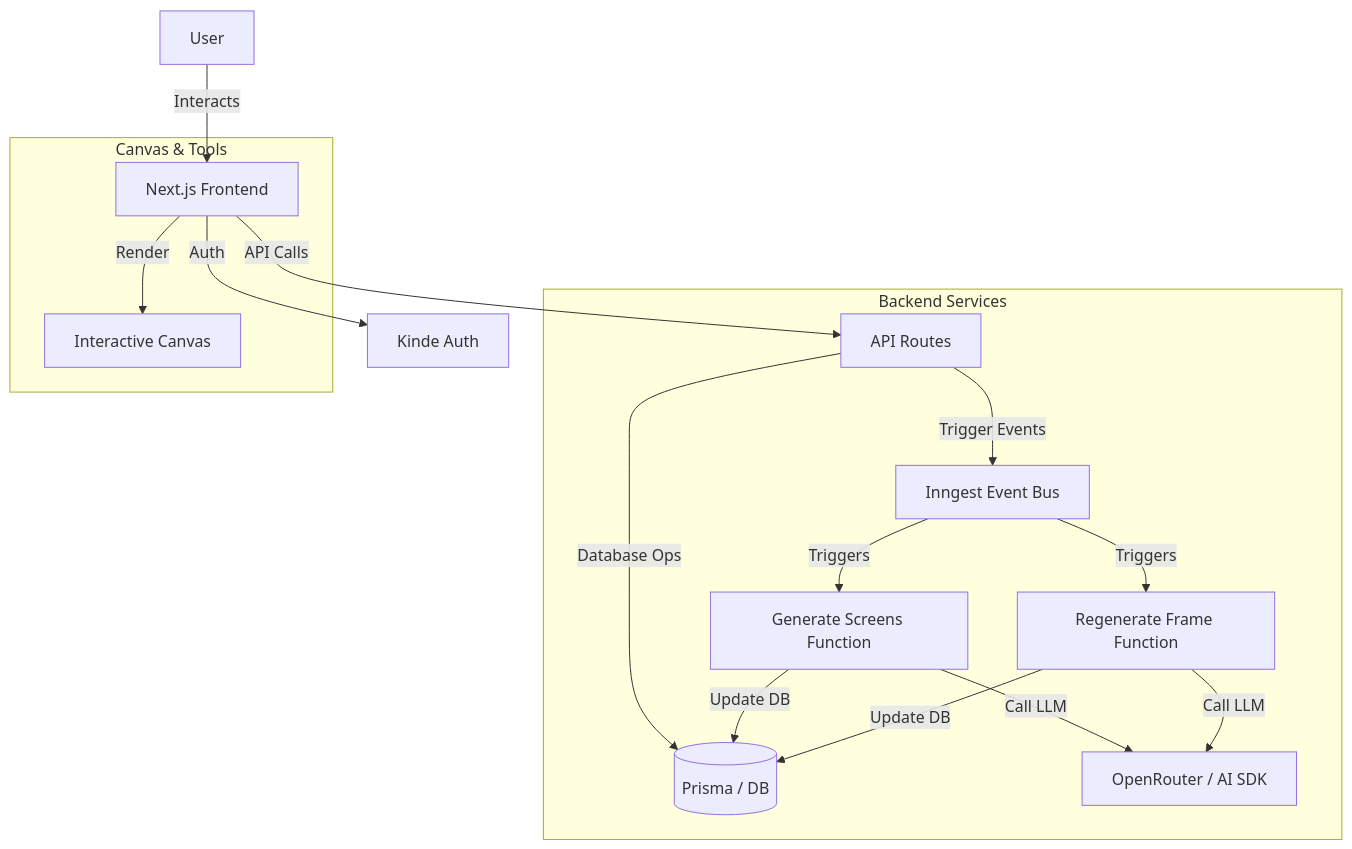
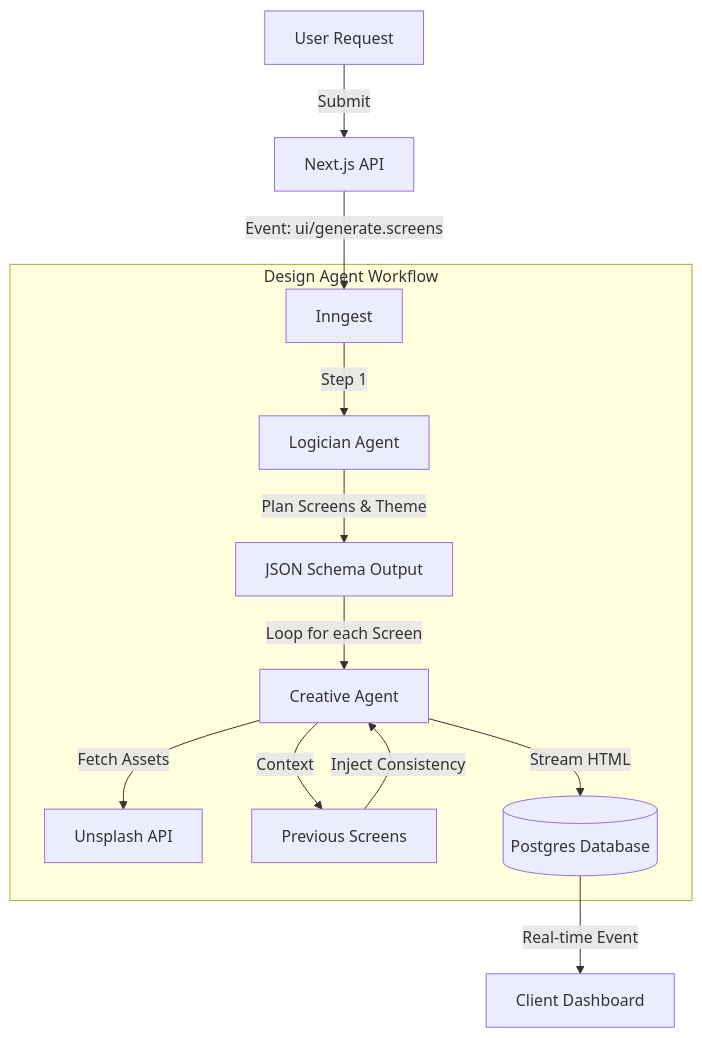
One commit to Mausam5055/DesignGPT changed the diagram in README.md. Above: the diagram before and after it, drawn with Mermaid. The commit also changed other lines of this file, not shown here.

Commit message:
docs: Update README with new badges, expanded feature descriptions, a multi-agent architecture diagram, and a component stack table.

````diff
--- a/README.md
+++ b/README.md
@@ -39,24 +63,19 @@
 ```mermaid
 graph TD
-    User[User] -->|Interacts| Frontend[Next.js Frontend]
-    Frontend -->|Auth| Kinde[Kinde Auth]
-    Frontend -->|API Calls| API[API Routes]
+    User[User Request] -->|Submit| API[Next.js API]
+    API -->|Event: ui/generate.screens| Inngest
 
-    subgraph Backend Services
-        API -->|Database Ops| Prisma[(Prisma / DB)]
-        API -->|Trigger Events| Inngest[Inngest Event Bus]
+    subgraph "Design Agent Workflow"
+        Inngest -->|Step 1| Analyzer[Logician Agent]
+        Analyzer -->|Plan Screens & Theme| Planner[JSON Schema Output]
 
-        Inngest -->|Triggers| Func1[Generate Screens Function]
-        Inngest -->|Triggers| Func2[Regenerate Frame Function]
+        Planner -->|Loop for each Screen| Generator[Creative Agent]
+        Generator -->|Fetch Assets| Unsplash[Unsplash API]
+        Generator -->|Context| History[Previous Screens]
 
-        Func1 -->|Call LLM| AI[OpenRouter / AI SDK]
-        Func2 -->|Call LLM| AI
-
-        Func1 -->|Update DB| Prisma
-        Func2 -->|Update DB| Prisma
+        History -->|Inject Consistency| Generator
+        Generator -->|Stream HTML| DB[(Postgres Database)]
     end
 
-    subgraph "Canvas & Tools"
-        Frontend -->|Render| Canvas[Interactive Canvas]
-    end
+    DB -->|Real-time Event| UI[Client Dashboard]
 ```
````
